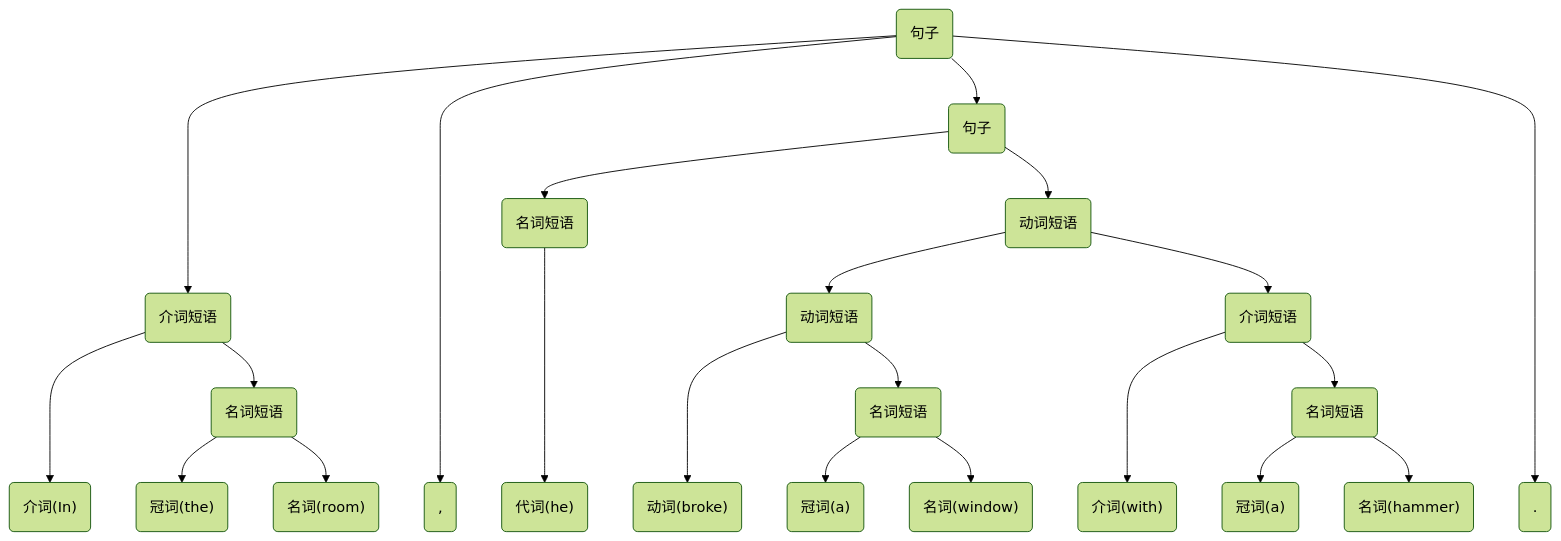
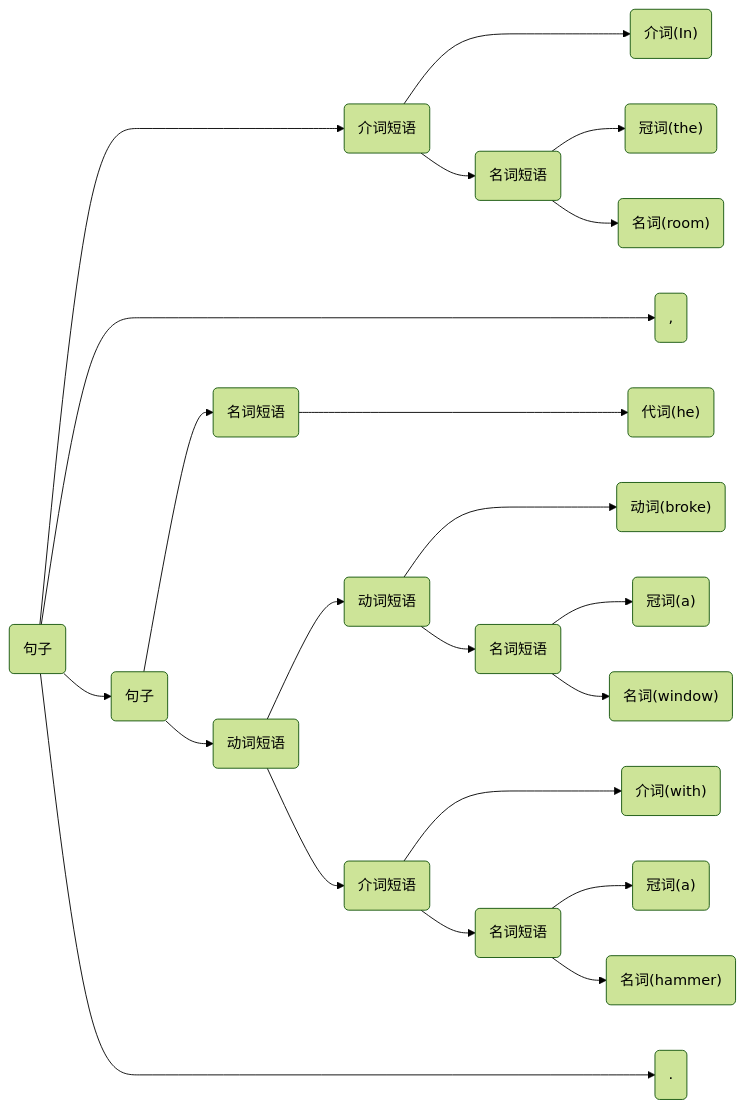
Before and after one commit to Sun-ZhenXing/vuepress-data-structure: the third of 5 diagrams in docs/compilation-principle/chapter01/index.md, drawn with Mermaid (forest theme). The commit also changed other lines of this file and 18 other files, not shown here.

````diff
--- a/docs/compilation-principle/chapter01/index.md
+++ b/docs/compilation-principle/chapter01/index.md
@@ -236,42 +238,42 @@
 ```mermaid
-graph TD
+graph LR
     ROOT("句子")
     A("介词短语")
         A1("介词(In)")
         A2("名词短语")
             A21("冠词(the)")
             A22("名词(room)")
     B(",")
     C("句子")
         C1("名词短语")
             C11("代词(he)")
         C2("动词短语")
             C21("动词短语")
                 C211("动词(broke)")
                 C212("名词短语")
                     C2121("冠词(a)")
                     C2122("名词(window)")
             C22("介词短语")
                 C221("介词(with)")
                 C222("名词短语")
                     C2221("冠词(a)")
                     C2222("名词(hammer)")
     D(".")
 
     ROOT ----> A
     ROOT ------> B
     ROOT --> C
     ROOT ------> D
     A ---> A1
     A --> A2
     A2 --> A21 & A22
     C --> C1 & C2
     C1 ----> C11
     C2 --> C21 & C22
     C21 ---> C211
     C21 --> C212
     C212 --> C2121 & C2122
     C22 ---> C221
     C22 --> C222
     C222 --> C2221 & C2222
 ```
````
